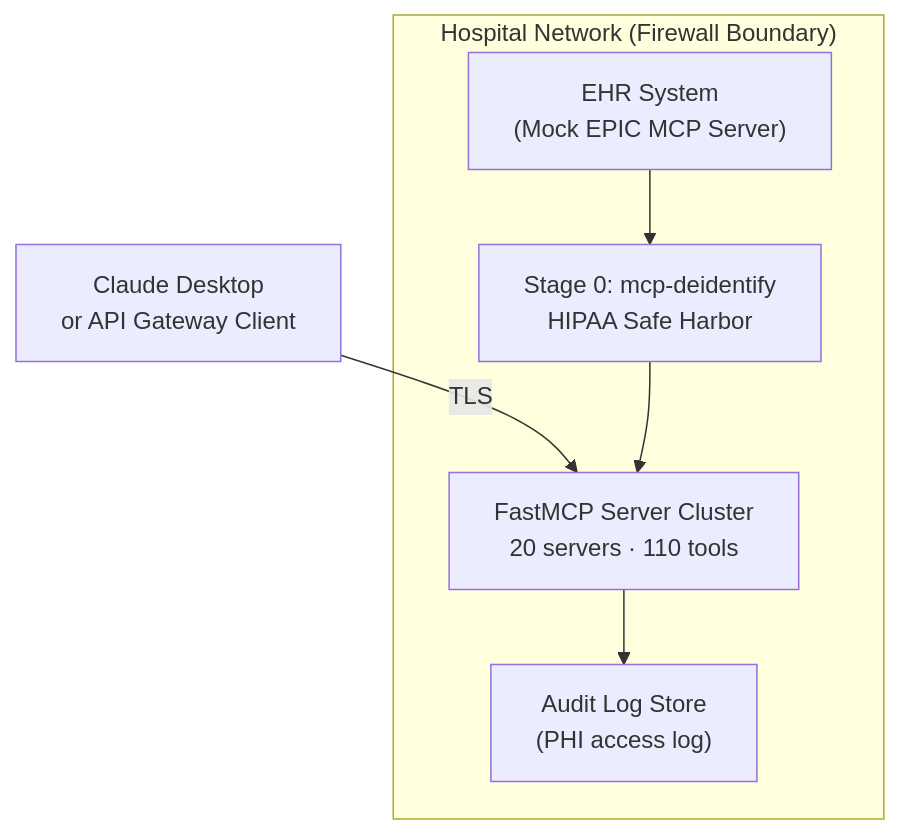
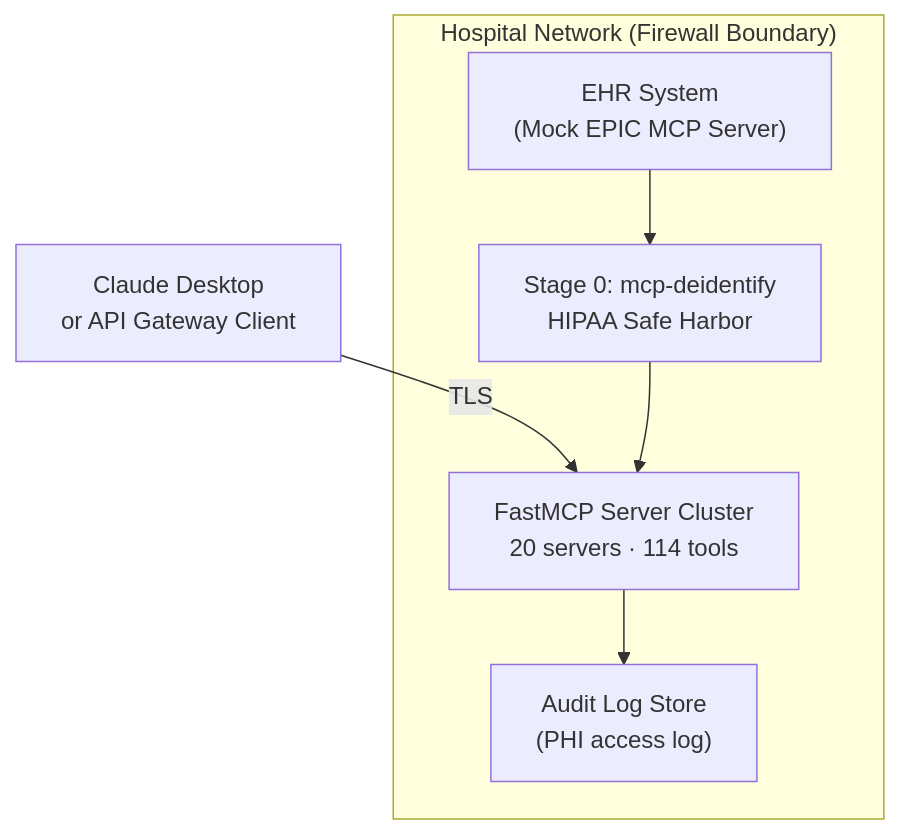
The diagram in docs/for-hospitals/DEPLOYMENT_ARCHITECTURE.md (lynnlangit/spatial-mcp), drawn with Mermaid before and after one commit. The commit also changed 4 other files, not shown here.

First line of the commit message:
Update tool count 110 → 114 across all docs and diagrams

````diff
--- a/docs/for-hospitals/DEPLOYMENT_ARCHITECTURE.md
+++ b/docs/for-hospitals/DEPLOYMENT_ARCHITECTURE.md
@@ -5,14 +5,14 @@
 ```mermaid
 graph TD
     subgraph Hospital["Hospital Network (Firewall Boundary)"]
         EHR["EHR System\n(Mock EPIC MCP Server)"]
         STAGE0["Stage 0: mcp-deidentify\nHIPAA Safe Harbor"]
-        MCPCLUSTER["FastMCP Server Cluster\n20 servers · 110 tools"]
+        MCPCLUSTER["FastMCP Server Cluster\n20 servers · 114 tools"]
         AUDIT["Audit Log Store\n(PHI access log)"]
     end
     CLIENT["Claude Desktop\nor API Gateway Client"]
     CLIENT -->|"TLS"| MCPCLUSTER
     EHR --> STAGE0
     STAGE0 --> MCPCLUSTER
     MCPCLUSTER --> AUDIT
 ```
````
